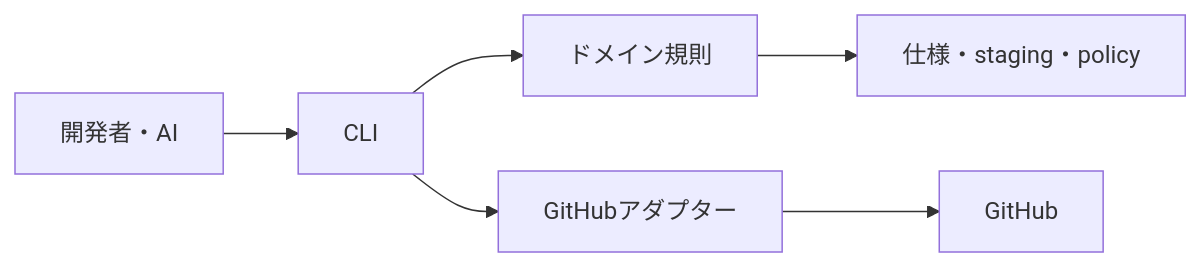
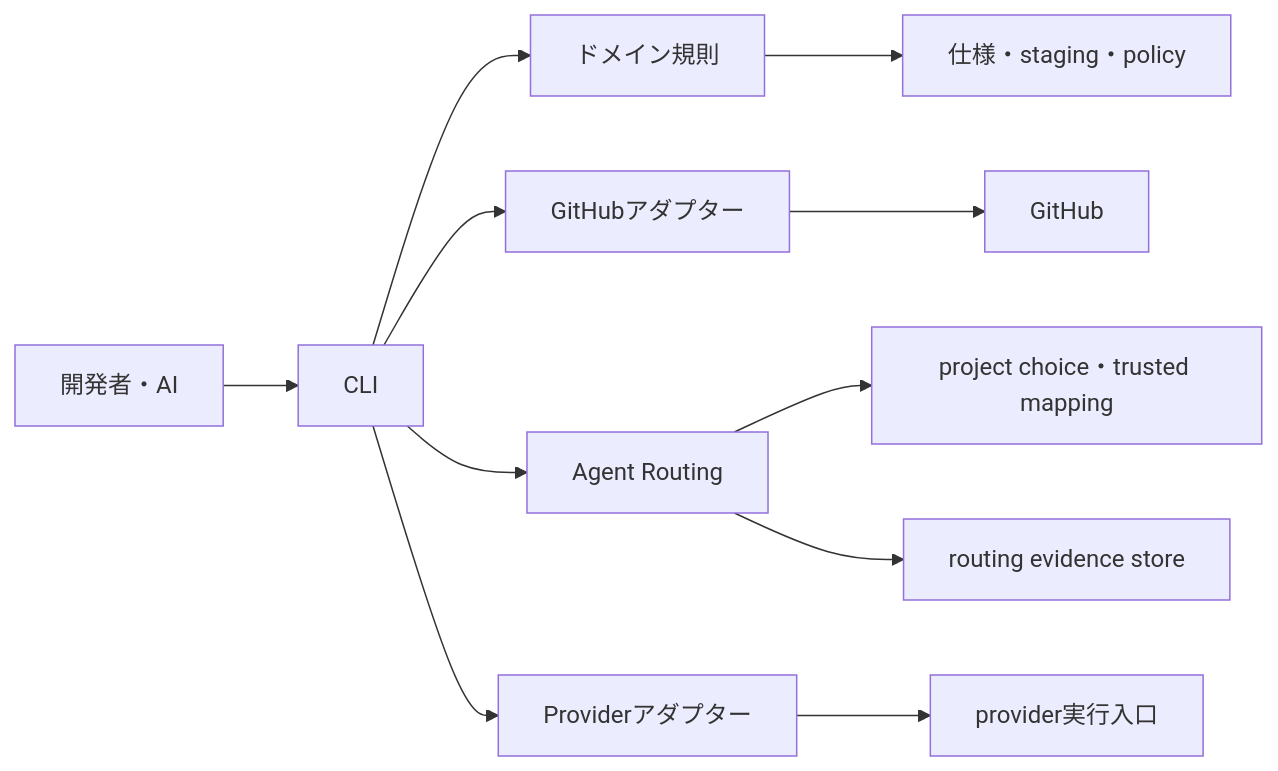
The diagram in docs/specs/03_アーキテクチャ/00_全体構成.md (techbeansjp-free/AGENTS.md), drawn with Mermaid before and after one commit. The commit also changed other lines of this file and 6 other files, not shown here.

````diff
--- a/docs/specs/03_アーキテクチャ/00_全体構成.md
+++ b/docs/specs/03_アーキテクチャ/00_全体構成.md
@@ -3,8 +3,13 @@
 ```mermaid
 flowchart LR
   user[開発者・AI] --> cli[CLI]
   cli --> domain[ドメイン規則]
   cli --> adapter[GitHubアダプター]
+  cli --> routing[Agent Routing]
+  cli --> provider_adapter[Providerアダプター]
   domain --> files[仕様・staging・policy]
   adapter --> github[GitHub]
+  routing --> routing_inputs[project choice・trusted mapping]
+  routing --> evidence[routing evidence store]
+  provider_adapter --> provider[provider実行入口]
 ```
````
